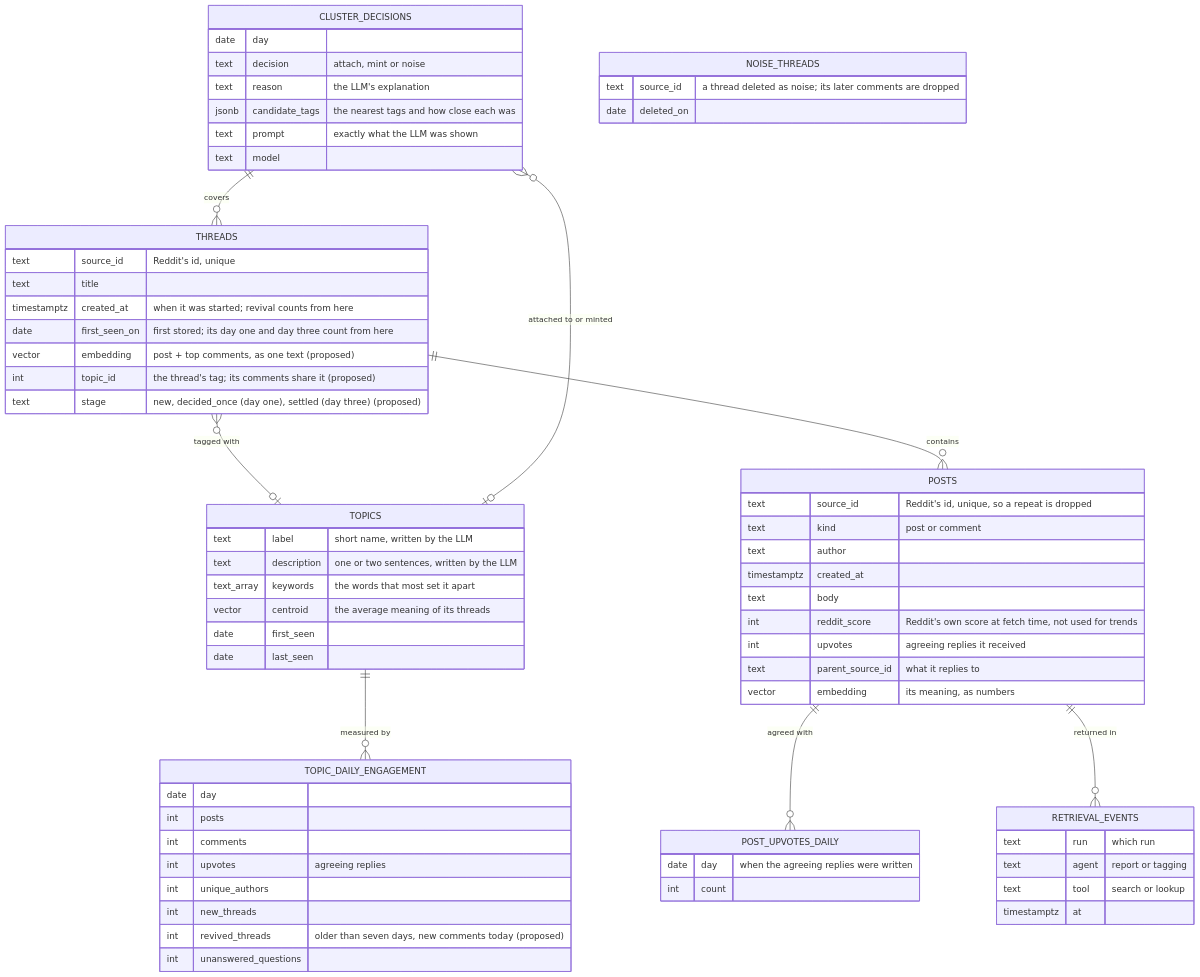
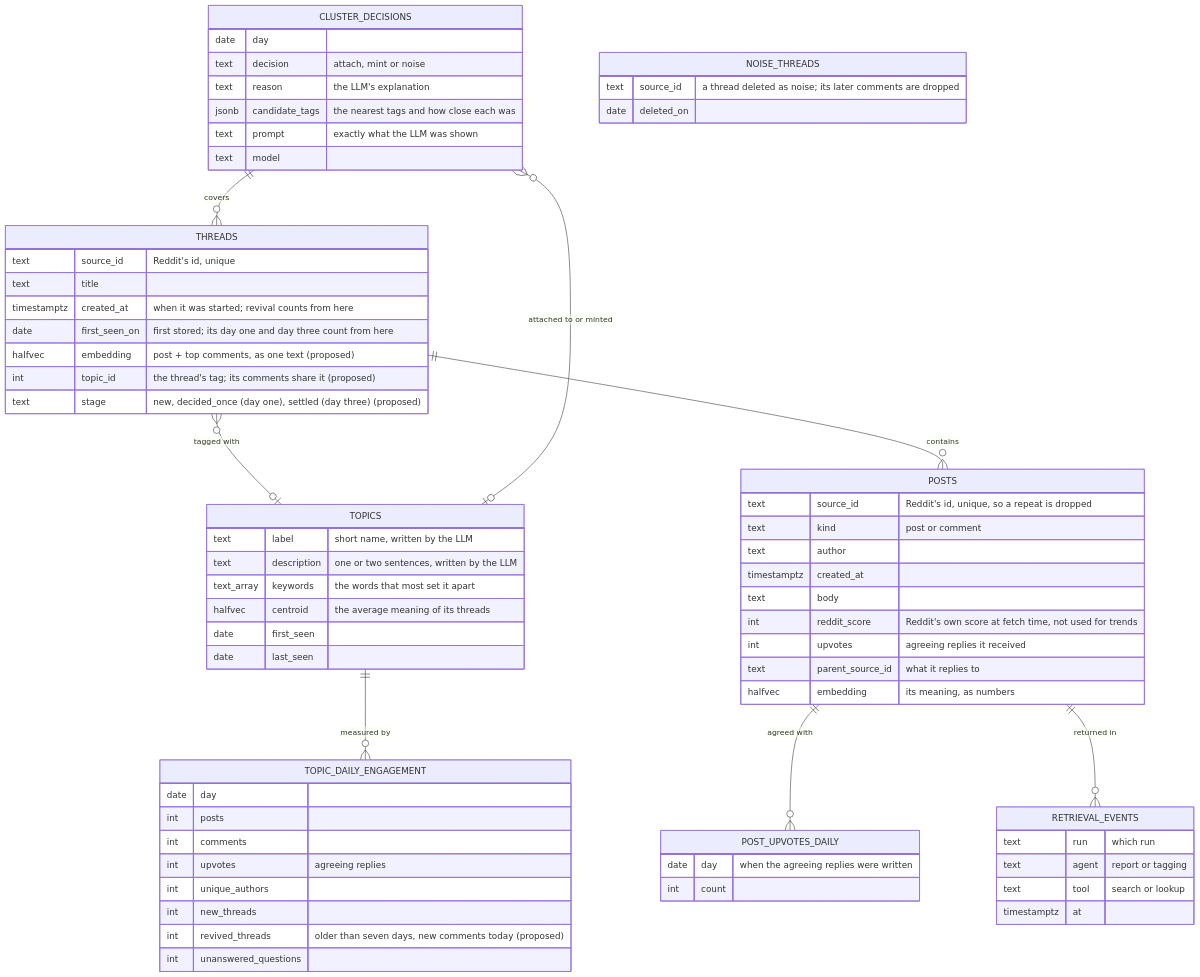
One commit to brianaderer/transcendent changed the first of 2 diagrams in docs/atlas/20-data-model/21-topics.md. Above: the diagram before and after it, drawn with Mermaid. The commit also changed other lines of this file and 4 other files, not shown here.

````diff
--- a/docs/atlas/20-data-model/21-topics.md
+++ b/docs/atlas/20-data-model/21-topics.md
@@ -47,71 +47,71 @@
 ```mermaid
 erDiagram
     THREADS ||--o{ POSTS : contains
     THREADS }o--o| TOPICS : "tagged with"
     POSTS ||--o{ POST_UPVOTES_DAILY : "agreed with"
     TOPICS ||--o{ TOPIC_DAILY_ENGAGEMENT : "measured by"
     CLUSTER_DECISIONS }o--o| TOPICS : "attached to or minted"
     CLUSTER_DECISIONS ||--o{ THREADS : "covers"
     POSTS ||--o{ RETRIEVAL_EVENTS : "returned in"
 
     THREADS {
         text source_id "Reddit's id, unique"
         text title
         timestamptz created_at "when it was started; revival counts from here"
         date first_seen_on "first stored; its day one and day three count from here"
-        vector embedding "post + top comments, as one text (proposed)"
+        halfvec embedding "post + top comments, as one text (proposed)"
         int topic_id "the thread's tag; its comments share it (proposed)"
         text stage "new, decided_once (day one), settled (day three) (proposed)"
     }
     POSTS {
         text source_id "Reddit's id, unique, so a repeat is dropped"
         text kind "post or comment"
         text author
         timestamptz created_at
         text body
         int reddit_score "Reddit's own score at fetch time, not used for trends"
         int upvotes "agreeing replies it received"
         text parent_source_id "what it replies to"
-        vector embedding "its meaning, as numbers"
+        halfvec embedding "its meaning, as numbers"
     }
     POST_UPVOTES_DAILY {
         date day "when the agreeing replies were written"
         int count
     }
     TOPICS {
         text label "short name, written by the LLM"
         text description "one or two sentences, written by the LLM"
         text_array keywords "the words that most set it apart"
-        vector centroid "the average meaning of its threads"
+        halfvec centroid "the average meaning of its threads"
         date first_seen
         date last_seen
     }
     TOPIC_DAILY_ENGAGEMENT {
         date day
         int posts
         int comments
         int upvotes "agreeing replies"
         int unique_authors
         int new_threads
         int revived_threads "older than seven days, new comments today (proposed)"
         int unanswered_questions
     }
     CLUSTER_DECISIONS {
         date day
         text decision "attach, mint or noise"
         text reason "the LLM's explanation"
         jsonb candidate_tags "the nearest tags and how close each was"
         text prompt "exactly what the LLM was shown"
         text model
     }
     NOISE_THREADS {
         text source_id "a thread deleted as noise; its later comments are dropped"
         date deleted_on
     }
     RETRIEVAL_EVENTS {
         text run "which run"
         text agent "report or tagging"
         text tool "search or lookup"
         timestamptz at
     }
 ```
````
